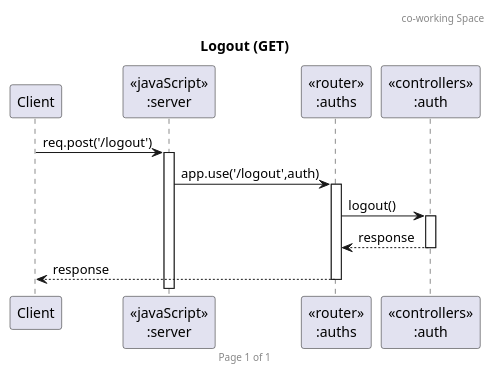
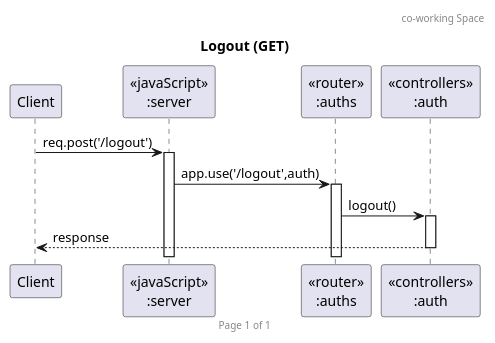
The diagram in uml/coWorking_logout.puml (GavinITP/co-working-space-reservation), drawn with PlantUML before and after one commit. The commit also changed 2 other files, not shown here.

Commit message:
authentication sequence diagram fix

```diff
--- a/uml/coWorking_logout.puml
+++ b/uml/coWorking_logout.puml
@@ -1,20 +1,21 @@
 @startuml Logout (GET)
 
 header co-working Space 
 footer Page %page% of %lastpage%
 title "Logout (GET)"
 
 participant "Client" as client
 participant "<<javaScript>>\n:server" as server
 participant "<<router>>\n:auths" as routerAuth
 participant "<<controllers>>\n:auth" as controllersAuths
+' participant "<<middleware>>\n:auth" as middleware
 ' participant "<<model>>\n:User" as modelUser
 ' database "<<MongoDB>>\n:users" as UserDatabase
 
 client->server ++:req.post('/logout')
 server->routerAuth ++:app.use('/logout',auth)
 routerAuth -> controllersAuths ++:logout()
-controllersAuths --> routerAuth --:response
-routerAuth --> client --:response
+controllersAuths --> client --:response
+' routerAuth --> client --:response
 
 @enduml
```
